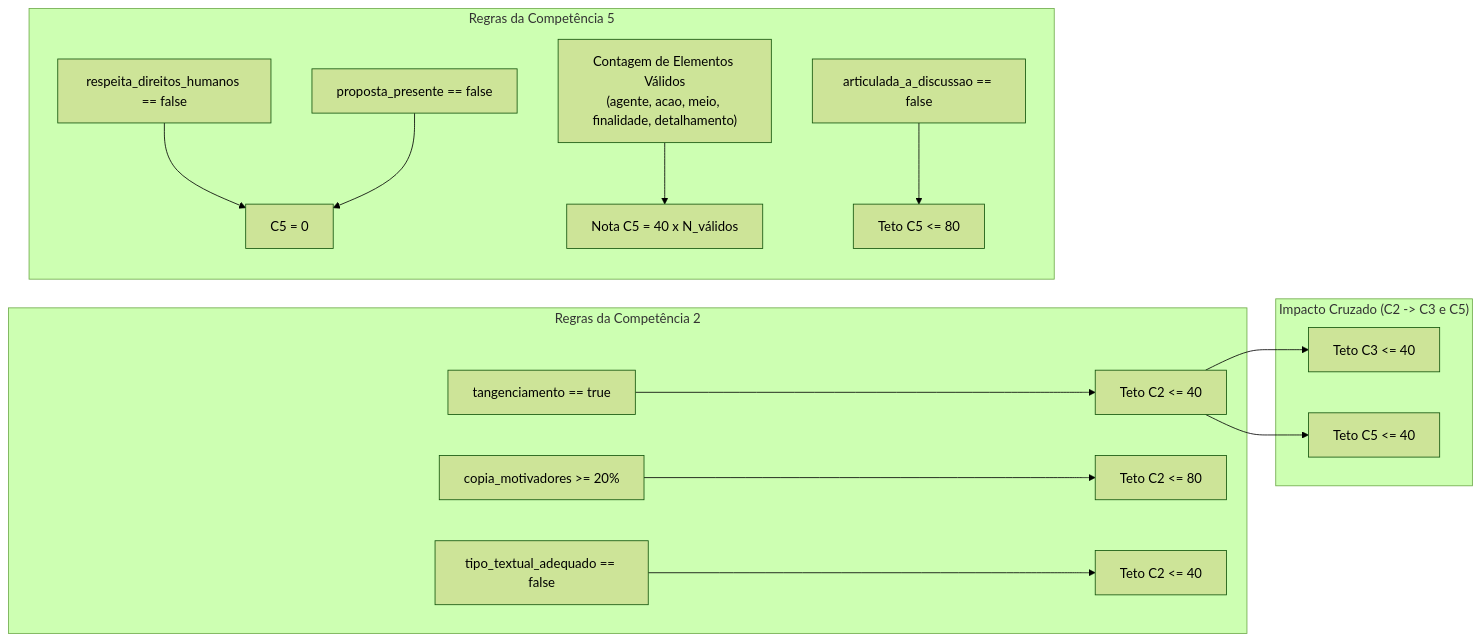
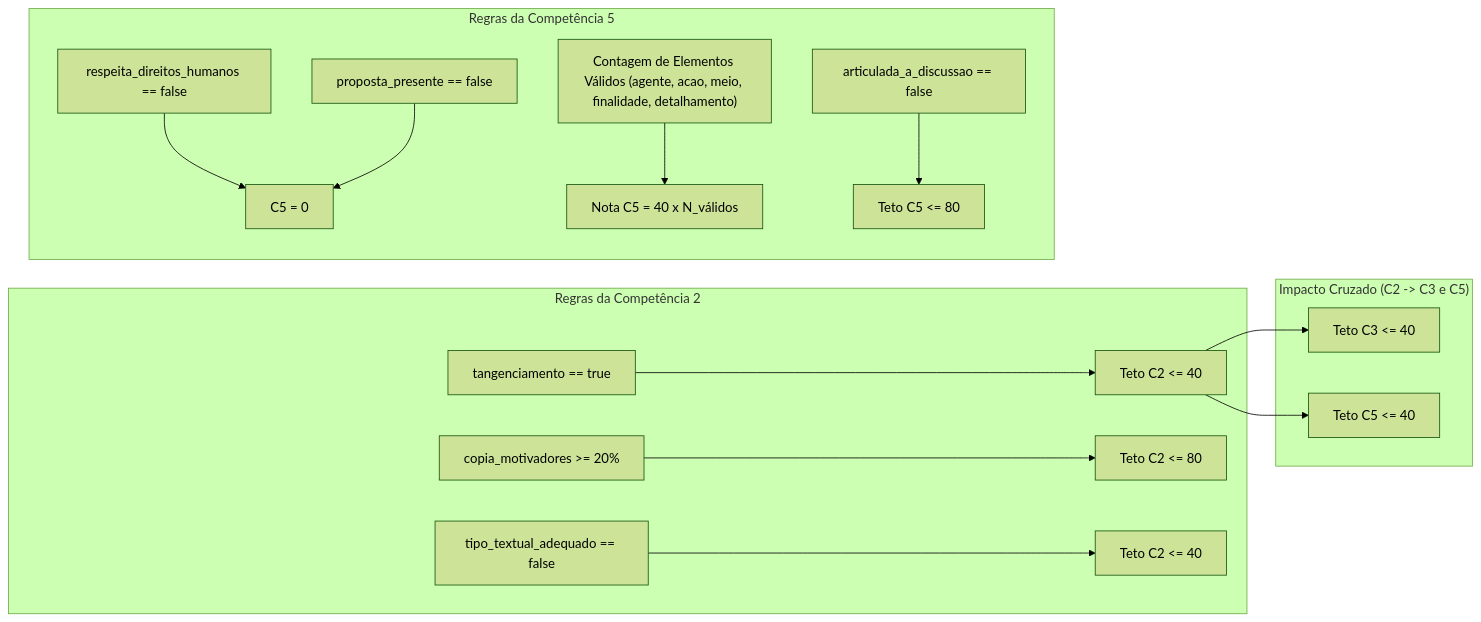
Before and after one commit to hlaff147/enem-ai-corrector: the third of 4 diagrams in README.md, drawn with Mermaid (forest theme). The commit also changed other lines of this file, not shown here.

Commit message:
fix(docs): corrige sintaxe Mermaid do sequenceDiagram no README (palavra reservada Par)

````diff
--- a/README.md
+++ b/README.md
@@ -110,20 +110,20 @@
 ```mermaid
 flowchart LR
     subgraph C2_Rules["Regras da Competência 2"]
         R1["tangenciamento == true"] --> T1["Teto C2 <= 40"]
         R2["copia_motivadores >= 20%"] --> T2["Teto C2 <= 80"]
         R3["tipo_textual_adequado == false"] --> T3["Teto C2 <= 40"]
     end
 
     subgraph Cross_Rules["Impacto Cruzado (C2 -> C3 e C5)"]
         T1 --> TC3["Teto C3 <= 40"]
         T1 --> TC5["Teto C5 <= 40"]
     end
 
     subgraph C5_Rules["Regras da Competência 5"]
         DH["respeita_direitos_humanos == false"] --> Z5["C5 = 0"]
         NP["proposta_presente == false"] --> Z5
-        EL["Contagem de Elementos Válidos<br/>(agente, acao, meio, finalidade, detalhamento)"] --> N5["Nota C5 = 40 x N_válidos"]
+        EL["Contagem de Elementos Válidos (agente, acao, meio, finalidade, detalhamento)"] --> N5["Nota C5 = 40 x N_válidos"]
         NA["articulada_a_discussao == false"] --> T80["Teto C5 <= 80"]
     end
 ```
````
